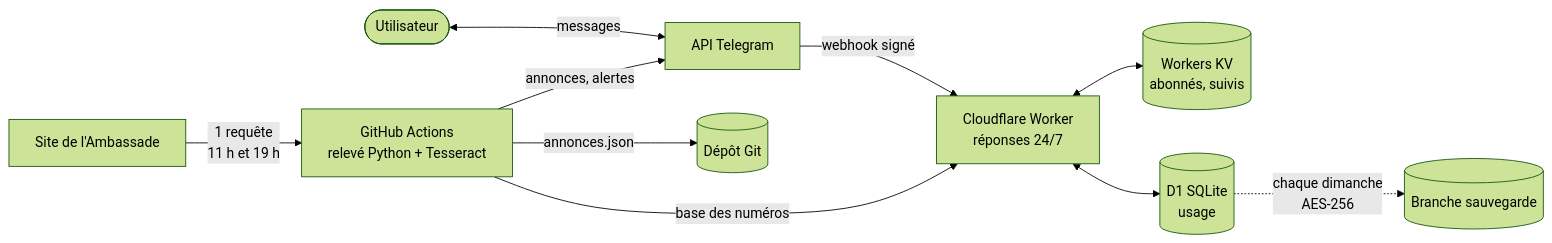
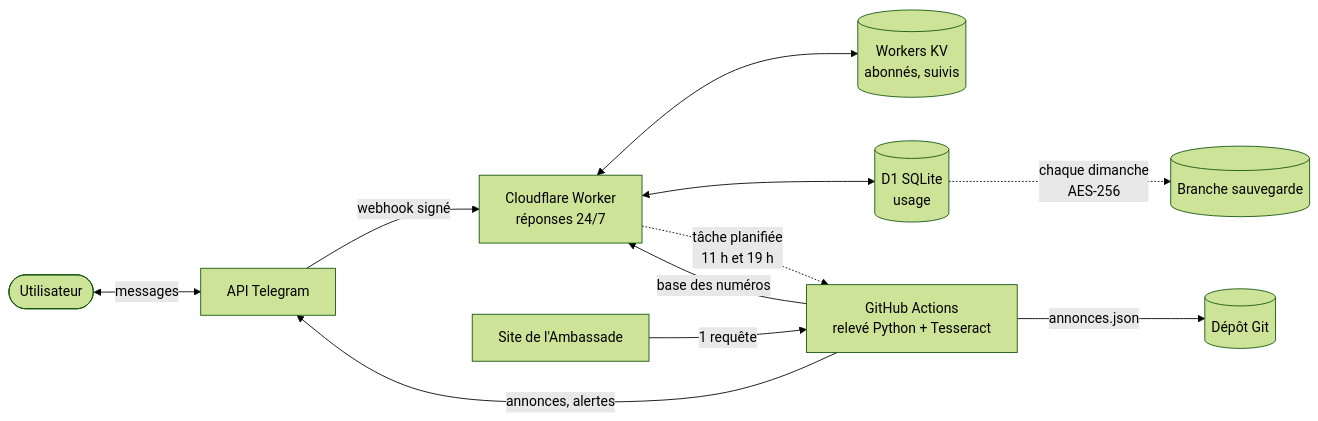
One commit to Harrylepap/suivi-passeport-mg changed the diagram in README.md. Above: the diagram before and after it, drawn with Mermaid (forest theme). The commit also changed other lines of this file and 7 other files, not shown here.

Commit message:
Relevé lancé par une tâche planifiée Cloudflare, bilan silencieux, Tesseract en cache

````diff
--- a/README.md
+++ b/README.md
@@ -53,13 +53,14 @@
 ```mermaid
 flowchart LR
     U([Utilisateur]) <-->|messages| TG[API Telegram]
     TG -->|webhook signé| W[Cloudflare Worker<br/>réponses 24/7]
     W <--> KV[(Workers KV<br/>abonnés, suivis)]
     W <--> D1[(D1 SQLite<br/>usage)]
 
-    S[Site de l'Ambassade] -->|1 requête<br/>11 h et 19 h| R[GitHub Actions<br/>relevé Python + Tesseract]
+    W -.->|tâche planifiée<br/>11 h et 19 h| R
+    S[Site de l'Ambassade] -->|1 requête| R[GitHub Actions<br/>relevé Python + Tesseract]
     R -->|base des numéros| W
     R -->|annonces, alertes| TG
     R -->|annonces.json| G[(Dépôt Git)]
     D1 -.->|chaque dimanche<br/>AES-256| B[(Branche sauvegarde)]
 ```
````
